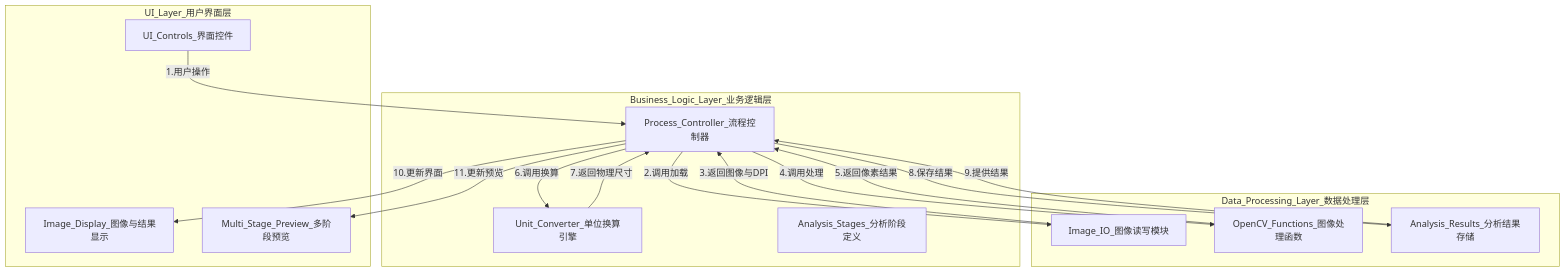
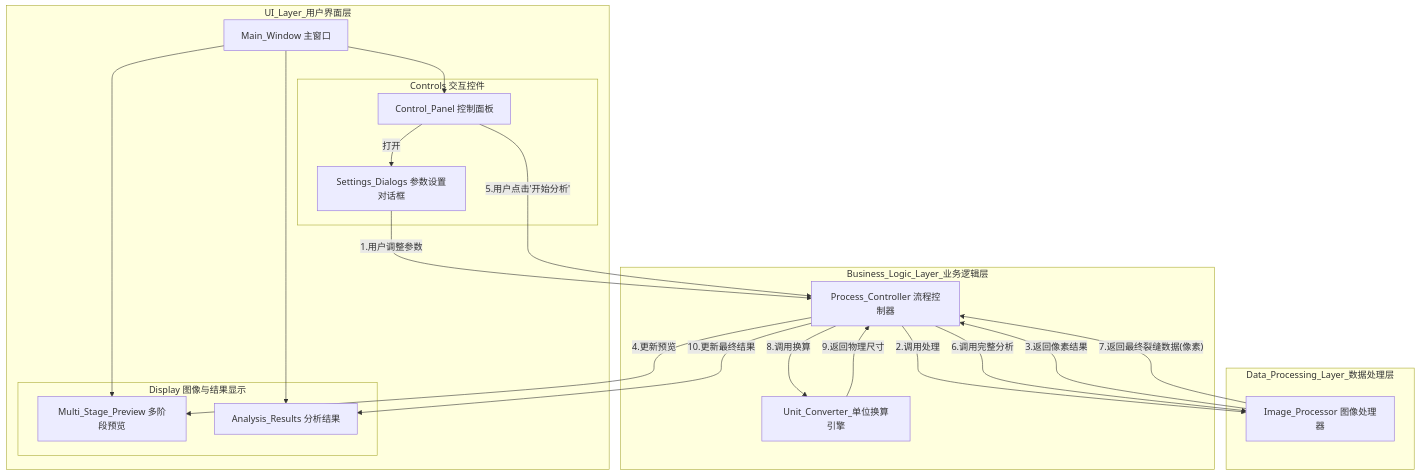
The diagram in readme.md (hanwantracters/yan_xin_shi_bie), drawn with Mermaid before and after one commit. The commit also changed other lines of this file and 17 other files, not shown here.

````diff
--- a/readme.md
+++ b/readme.md
@@ -60,33 +64,39 @@
 ```mermaid
 graph TD
     subgraph UI_Layer_用户界面层
-        Controls[UI_Controls_界面控件]
-        Display[Image_Display_图像与结果显示]
-        Preview[Multi_Stage_Preview_多阶段预览]
+        MainWindow[Main_Window 主窗口]
+        subgraph Controls [Controls 交互控件]
+            ControlPanel[Control_Panel 控制面板]
+            SettingsDialogs[Settings_Dialogs 参数设置对话框]
+        end
+        subgraph Display [Display 图像与结果显示]
+            Preview[Multi_Stage_Preview 多阶段预览]
+            Results[Analysis_Results 分析结果]
+        end
+        MainWindow --> ControlPanel
+        ControlPanel -- "打开" --> SettingsDialogs
+        MainWindow --> Preview
+        MainWindow --> Results
     end
 
     subgraph Business_Logic_Layer_业务逻辑层
-        Controller[Process_Controller_流程控制器]
+        Controller[Process_Controller 流程控制器]
         Converter[Unit_Converter_单位换算引擎]
-        AnalysisStages[Analysis_Stages_分析阶段定义]
     end
 
     subgraph Data_Processing_Layer_数据处理层
-        IO[Image_IO_图像读写模块]
-        CV[OpenCV_Functions_图像处理函数]
-        Results[Analysis_Results_分析结果存储]
+        Processor[Image_Processor 图像处理器]
     end
 
     %% 详细交互流程
-    Controls -- "1.用户操作" --> Controller
-    Controller -- "2.调用加载" --> IO
-    IO -- "3.返回图像与DPI" --> Controller
-    Controller -- "4.调用处理" --> CV
-    CV -- "5.返回像素结果" --> Controller
-    Controller -- "6.调用换算" --> Converter
-    Converter -- "7.返回物理尺寸" --> Controller
-    Controller -- "8.保存结果" --> Results
-    Results -- "9.提供结果" --> Controller
-    Controller -- "10.更新界面" --> Display
-    Controller -- "11.更新预览" --> Preview
+    SettingsDialogs -- "1.用户调整参数" --> Controller
+    Controller -- "2.调用处理" --> Processor
+    Processor -- "3.返回像素结果" --> Controller
+    Controller -- "4.更新预览" --> Preview
+    ControlPanel -- "5.用户点击'开始分析'" --> Controller
+    Controller -- "6.调用完整分析" --> Processor
+    Processor -- "7.返回最终裂缝数据(像素)" --> Controller
+    Controller -- "8.调用换算" --> Converter
+    Converter -- "9.返回物理尺寸" --> Controller
+    Controller -- "10.更新最终结果" --> Results
 ```
````
